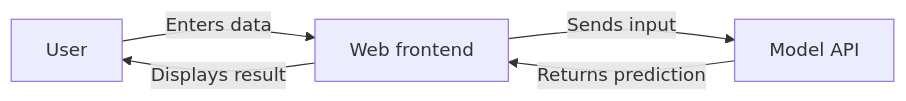
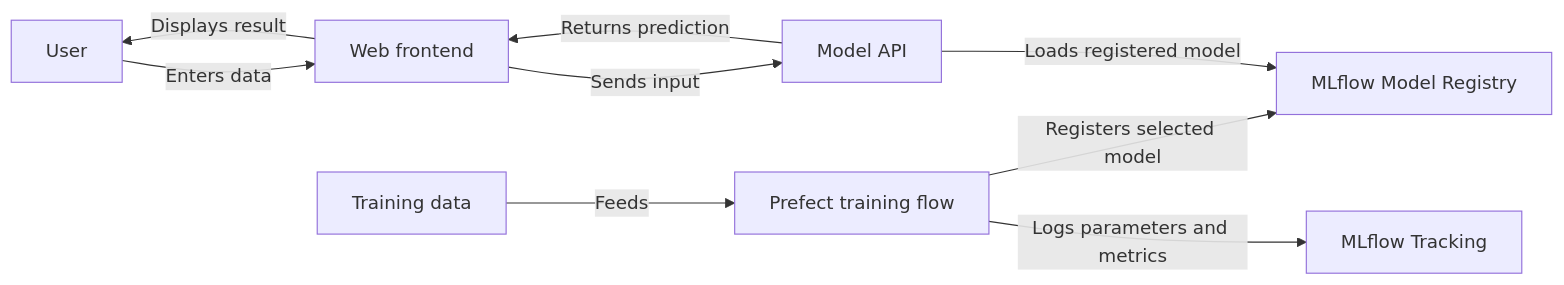
One commit to LoganJiangCa/Insy684-Mlops-Project changed the diagram in README.md. Above: the diagram before and after it, drawn with Mermaid.

Commit message:
Add model training and registry to architecture diagram
Add model training and registry to architecture diagram

````diff
--- a/README.md
+++ b/README.md
@@ -4,7 +4,11 @@
 ```mermaid
 flowchart LR
     User[User] -->|Enters data| Frontend[Web frontend]
     Frontend -->|Sends input| API[Model API]
     API -->|Returns prediction| Frontend
     Frontend -->|Displays result| User
+    Data[Training data] -->|Feeds| Train[Prefect training flow]
+    Train -->|Logs parameters and metrics| Tracking[MLflow Tracking]
+    Train -->|Registers selected model| Registry[MLflow Model Registry]
+    API -->|Loads registered model| Registry
 ```
````
